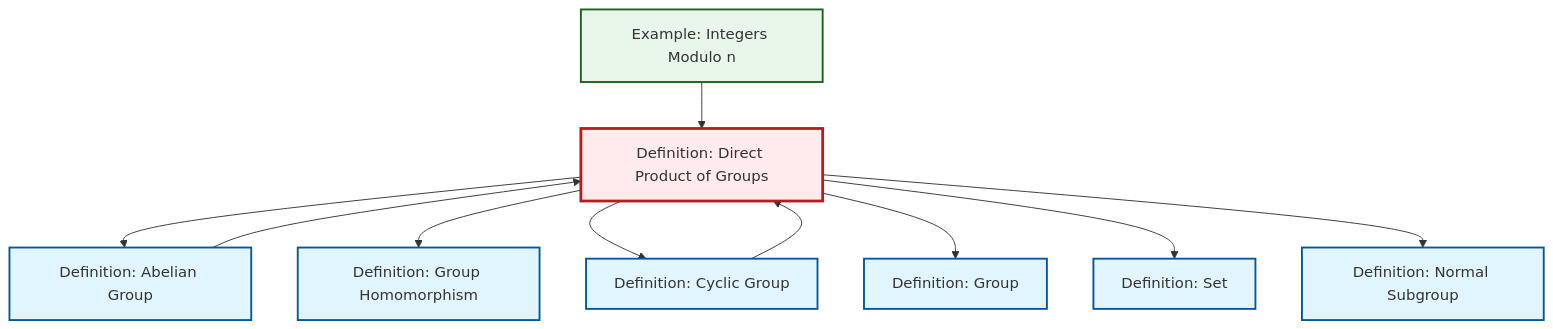
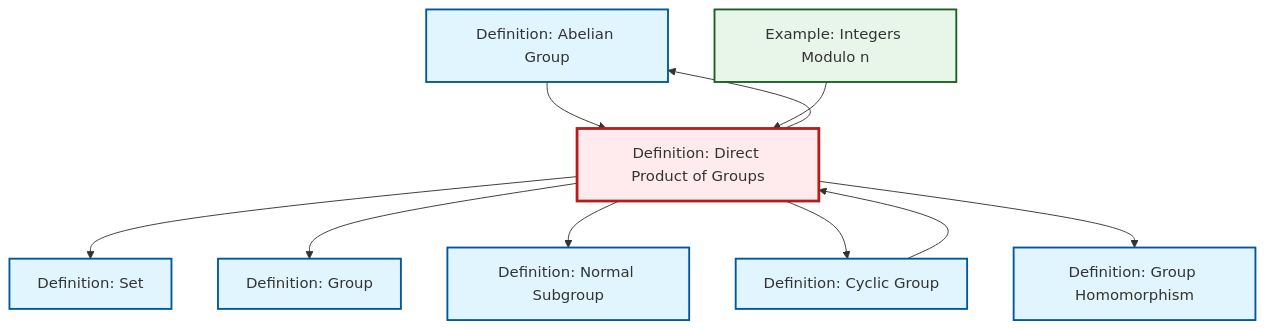
The diagram in content/en/algebra/def-direct-product.qmd (RK0429/ModernMath), drawn with Mermaid before and after one commit. The commit also changed other lines of this file and 531 other files, not shown here.

````diff
--- a/content/en/algebra/def-direct-product.qmd
+++ b/content/en/algebra/def-direct-product.qmd
@@ -103,34 +103,34 @@
 ```{mermaid}
 %%| fig-cap: "Local dependency graph"
 graph TD
     classDef definition fill:#e1f5fe,stroke:#01579b,stroke-width:2px
     classDef theorem fill:#f3e5f5,stroke:#4a148c,stroke-width:2px
     classDef axiom fill:#fff3e0,stroke:#e65100,stroke-width:2px
     classDef example fill:#e8f5e9,stroke:#1b5e20,stroke-width:2px
     classDef current fill:#ffebee,stroke:#b71c1c,stroke-width:3px
+    def-abelian-group["Definition: Abelian Group"]:::definition
+    def-cyclic-group["Definition: Cyclic Group"]:::definition
+    def-set["Definition: Set"]:::definition
+    def-group["Definition: Group"]:::definition
     def-normal-subgroup["Definition: Normal Subgroup"]:::definition
+    ex-quotient-integers-mod-n["Example: Integers Modulo n"]:::example
+    def-direct-product["Definition: Direct Product of Groups"]:::definition
     def-homomorphism["Definition: Group Homomorphism"]:::definition
-    def-set["Definition: Set"]:::definition
-    ex-quotient-integers-mod-n["Example: Integers Modulo n"]:::example
-    def-cyclic-group["Definition: Cyclic Group"]:::definition
-    def-group["Definition: Group"]:::definition
-    def-abelian-group["Definition: Abelian Group"]:::definition
-    def-direct-product["Definition: Direct Product of Groups"]:::definition
+    def-direct-product --> def-set
+    def-abelian-group --> def-direct-product
+    def-direct-product --> def-group
+    def-direct-product --> def-normal-subgroup
+    def-cyclic-group --> def-direct-product
+    def-direct-product --> def-cyclic-group
+    def-direct-product --> def-homomorphism
+    ex-quotient-integers-mod-n --> def-direct-product
     def-direct-product --> def-abelian-group
-    ex-quotient-integers-mod-n --> def-direct-product
-    def-abelian-group --> def-direct-product
-    def-direct-product --> def-homomorphism
-    def-direct-product --> def-cyclic-group
-    def-direct-product --> def-group
-    def-direct-product --> def-set
-    def-cyclic-group --> def-direct-product
-    def-direct-product --> def-normal-subgroup
     class def-direct-product current
+    click def-abelian-group "def-abelian-group.html" "Go to Abelian Group definition"
+    click def-cyclic-group "def-cyclic-group.html" "Go to Cyclic Group definition"
+    click def-set "def-set.html" "Go to Set definition"
+    click def-group "def-group.html" "Go to Group definition"
     click def-normal-subgroup "def-normal-subgroup.html" "Go to Normal Subgroup definition"
+    click ex-quotient-integers-mod-n "ex-quotient-integers-mod-n.html" "Go to Integers Modulo n example"
     click def-homomorphism "def-homomorphism.html" "Go to Group Homomorphism definition"
-    click def-set "def-set.html" "Go to Set definition"
-    click ex-quotient-integers-mod-n "ex-quotient-integers-mod-n.html" "Go to Integers Modulo n example"
-    click def-cyclic-group "def-cyclic-group.html" "Go to Cyclic Group definition"
-    click def-group "def-group.html" "Go to Group definition"
-    click def-abelian-group "def-abelian-group.html" "Go to Abelian Group definition"
 ```
````
